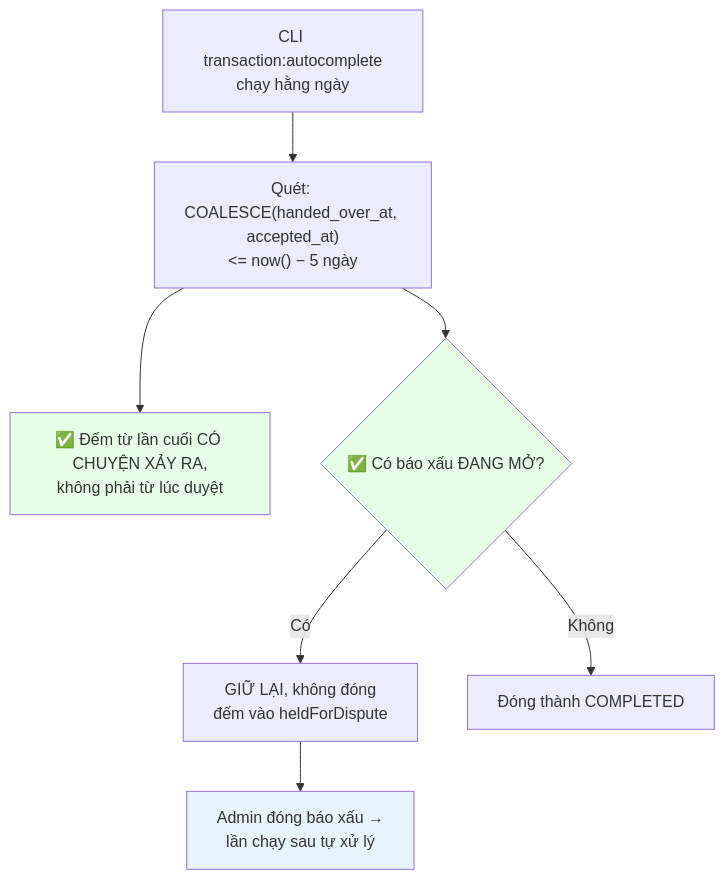
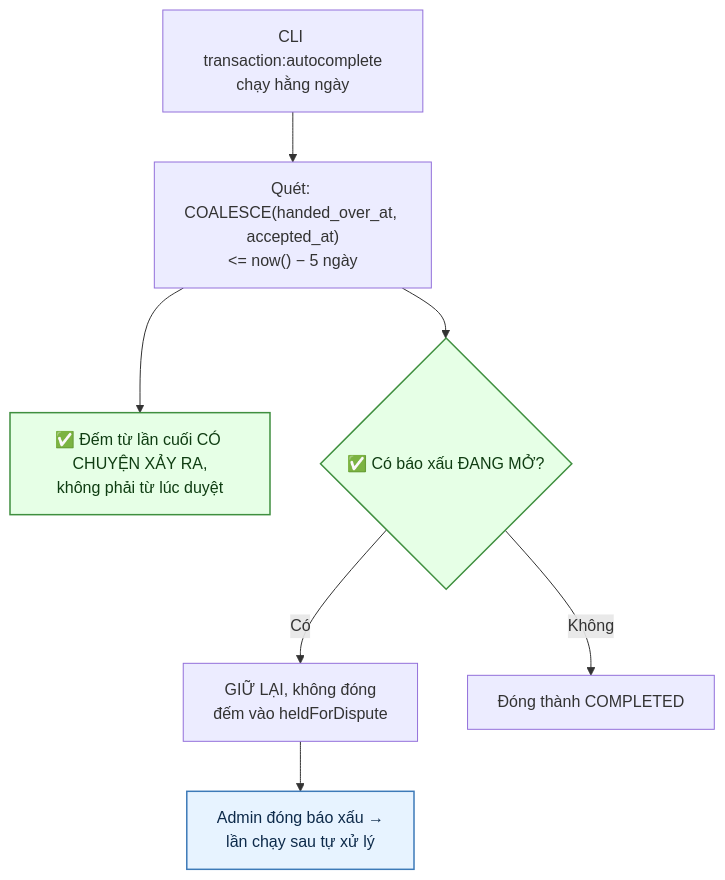
The third of 6 diagrams in docs/diagram/08-transaction.md (fdshn/trueheart), drawn with Mermaid before and after one commit. The commit also changed other lines of this file and 30 other files, not shown here.

First line of the commit message:
docs(diagram): chữ trong khối tô màu đọc được ở cả giao diện sáng và tối

````diff
--- a/docs/diagram/08-transaction.md
+++ b/docs/diagram/08-transaction.md
@@ -75,13 +75,13 @@
 ```mermaid
 flowchart TD
     A[CLI transaction:autocomplete<br/>chạy hằng ngày] --> B["Quét: COALESCE(handed_over_at, accepted_at)<br/><= now() − 5 ngày"]
     B --> C["✅ Đếm từ lần cuối CÓ CHUYỆN XẢY RA,<br/>không phải từ lúc duyệt"]
     B --> E{✅ Có báo xấu ĐANG MỞ?}
     E -->|Có| F["GIỮ LẠI, không đóng<br/>đếm vào heldForDispute"]
     E -->|Không| G["Đóng thành COMPLETED"]
     F --> H["Admin đóng báo xấu →<br/>lần chạy sau tự xử lý"]
 
-    style C fill:#e6ffe6
-    style E fill:#e6ffe6
-    style H fill:#e7f3ff
+    style C fill:#e6ffe6,stroke:#3f8f3f,stroke-width:1.5px,color:#0f3d12
+    style E fill:#e6ffe6,stroke:#3f8f3f,stroke-width:1.5px,color:#0f3d12
+    style H fill:#e7f3ff,stroke:#3d7ab8,stroke-width:1.5px,color:#0d2a4a
 ```
````
